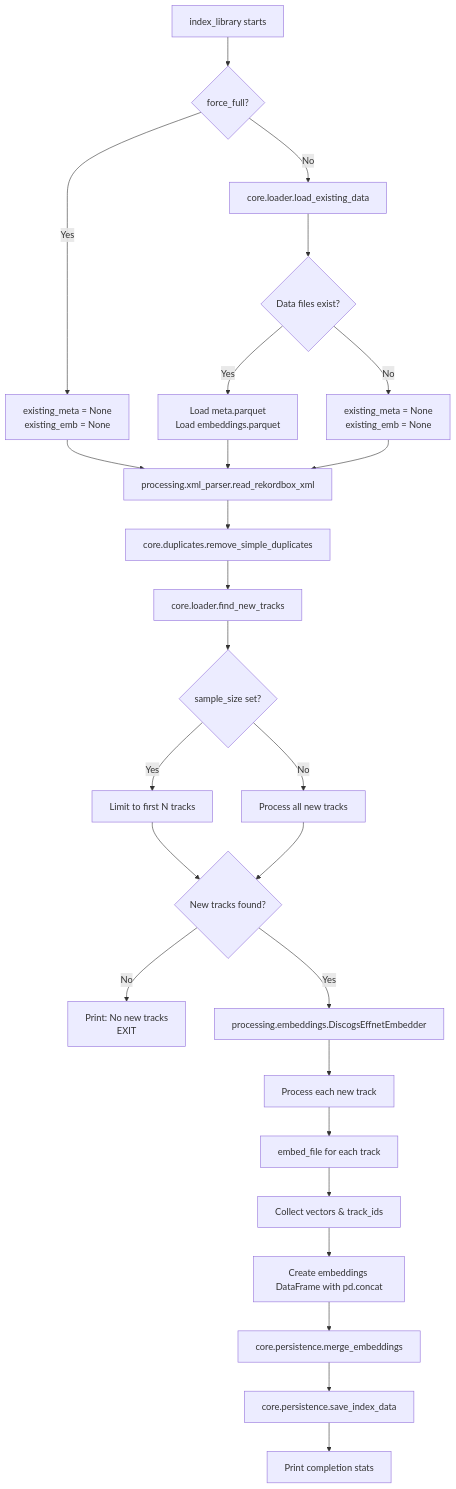
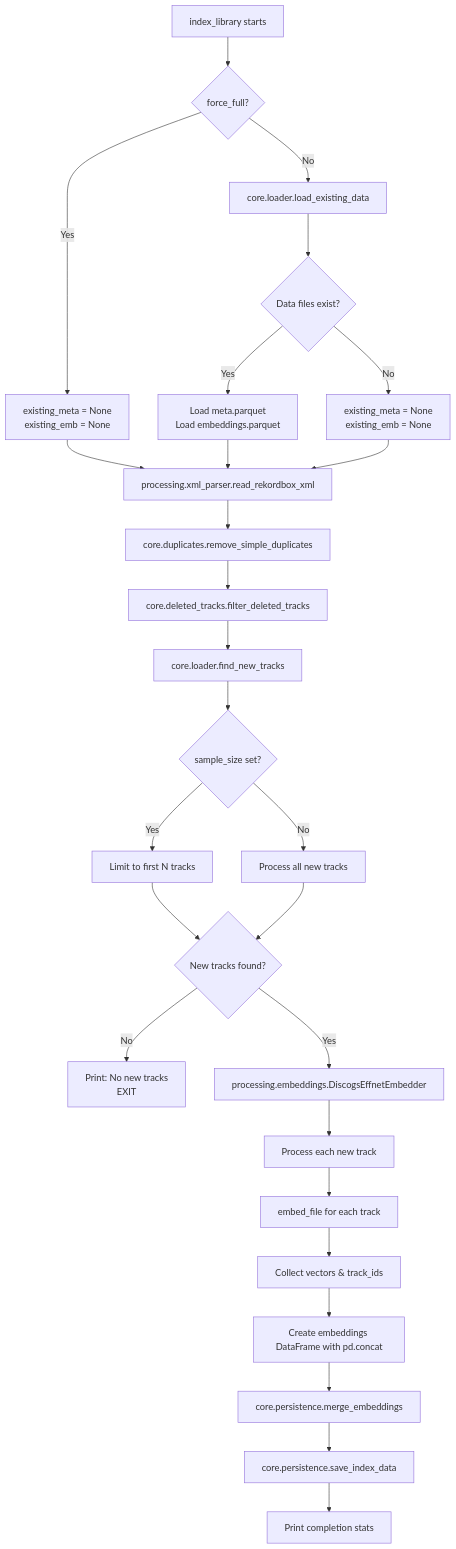
The first of 3 diagrams in docs/PROGRAM_FLOW.md (zeinramadan/cosine-companion), drawn with Mermaid before and after one commit. The commit also changed other lines of this file and 7 other files, not shown here.

````diff
--- a/docs/PROGRAM_FLOW.md
+++ b/docs/PROGRAM_FLOW.md
@@ -87,32 +88,33 @@
 ```mermaid
 graph TD
     A[index_library starts] --> B{force_full?}
     B -->|Yes| C[existing_meta = None<br/>existing_emb = None]
     B -->|No| D[core.loader.load_existing_data]
     
     D --> E{Data files exist?}
     E -->|Yes| F[Load meta.parquet<br/>Load embeddings.parquet]
     E -->|No| G[existing_meta = None<br/>existing_emb = None]
     
     C --> H[processing.xml_parser.read_rekordbox_xml]
     F --> H
     G --> H
     
     H --> Ha[core.duplicates.remove_simple_duplicates]
-    Ha --> I[core.loader.find_new_tracks]
+    Ha --> Hb[core.deleted_tracks.filter_deleted_tracks]
+    Hb --> I[core.loader.find_new_tracks]
     I --> J{sample_size set?}
     J -->|Yes| K[Limit to first N tracks]
     J -->|No| L[Process all new tracks]
     K --> M{New tracks found?}
     L --> M
     M -->|No| N[Print: No new tracks<br/>EXIT]
     M -->|Yes| O[processing.embeddings.DiscogsEffnetEmbedder]
     
     O --> P[Process each new track]
     P --> Q[embed_file for each track]
     Q --> R[Collect vectors & track_ids]
     R --> S[Create embeddings DataFrame with pd.concat]
     S --> T[core.persistence.merge_embeddings]
     T --> U[core.persistence.save_index_data]
     U --> V[Print completion stats]
 ```
````
